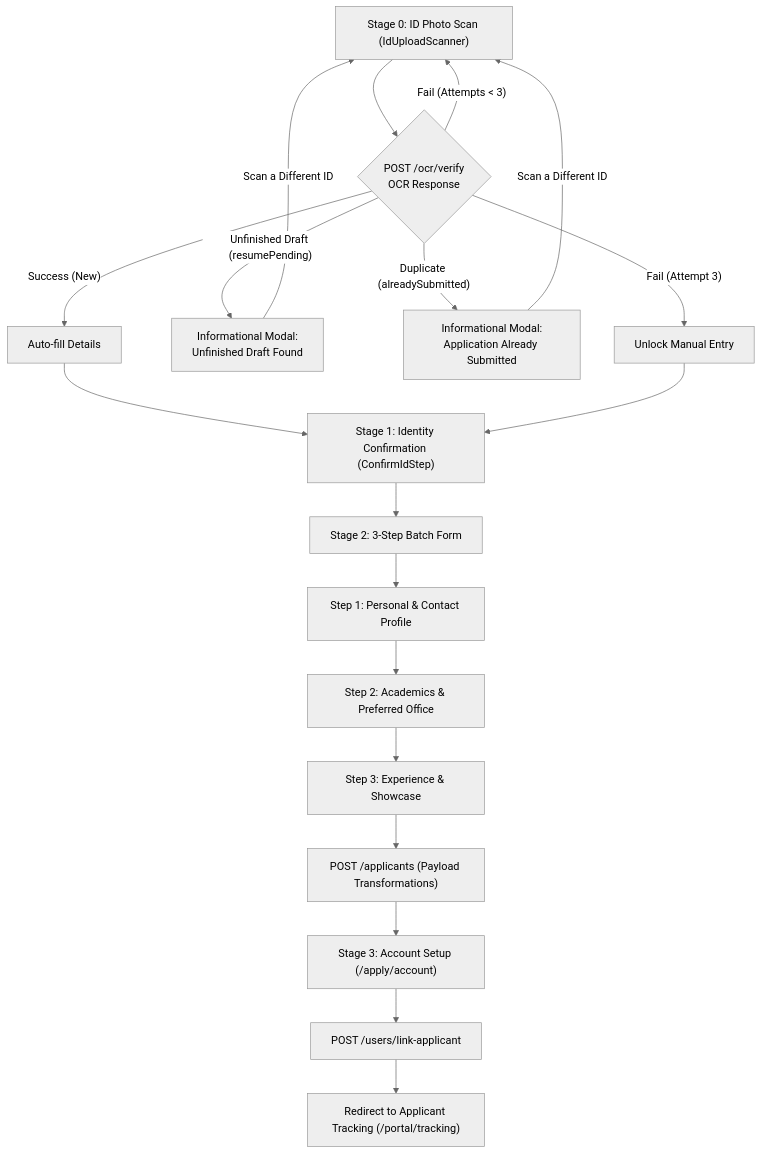
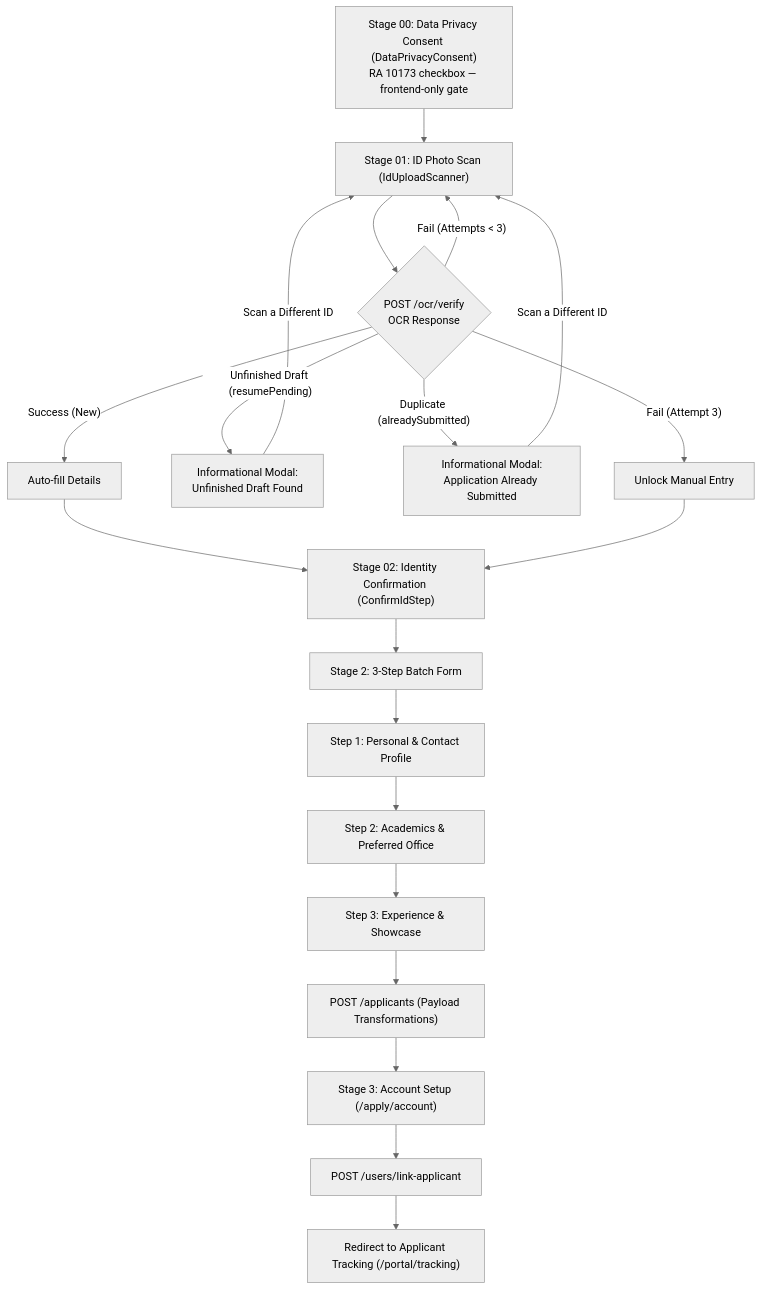
One commit to microsoft-student-community-qcu/qcu-msc-central-portal-frontend changed the diagram in docs/guides/application-flow.md. Above: the diagram before and after it, drawn with Mermaid (neutral theme). The commit also changed other lines of this file and 2 other files, not shown here.

Commit message:
Adding new step - data privacy consent

````diff
--- a/docs/guides/application-flow.md
+++ b/docs/guides/application-flow.md
@@ -9,26 +9,28 @@
 ```mermaid
 flowchart TD
-    A["Stage 0: ID Photo Scan (IdUploadScanner)"] --> B{"POST /ocr/verify<br/>OCR Response"}
+    Z["Stage 00: Data Privacy Consent (DataPrivacyConsent)<br/>RA 10173 checkbox — frontend-only gate"] --> A
+    A["Stage 01: ID Photo Scan (IdUploadScanner)"] --> B{"POST /ocr/verify<br/>OCR Response"}
+
     
     B -- "Success (New)" --> C["Auto-fill Details"]
     B -- "Unfinished Draft (resumePending)" --> M["Informational Modal:<br/>Unfinished Draft Found"]
     M -- "Scan a Different ID" --> A
     B -- "Duplicate (alreadySubmitted)" --> K["Informational Modal:<br/>Application Already Submitted"]
     K -- "Scan a Different ID" --> A
     B -- "Fail (Attempts < 3)" --> A
     B -- "Fail (Attempt 3)" --> D["Unlock Manual Entry"]
     
-    C --> E["Stage 1: Identity Confirmation (ConfirmIdStep)"]
+    C --> E["Stage 02: Identity Confirmation (ConfirmIdStep)"]
     D --> E
     
     E --> F["Stage 2: 3-Step Batch Form"]
     F --> F1["Step 1: Personal & Contact Profile"]
     F1 --> F2["Step 2: Academics & Preferred Office"]
     F2 --> F3["Step 3: Experience & Showcase"]
     
     F3 --> G["POST /applicants (Payload Transformations)"]
     G --> H["Stage 3: Account Setup (/apply/account)"]
     
     H --> I["POST /users/link-applicant"]
     I --> J["Redirect to Applicant Tracking (/portal/tracking)"]
 ```
````
